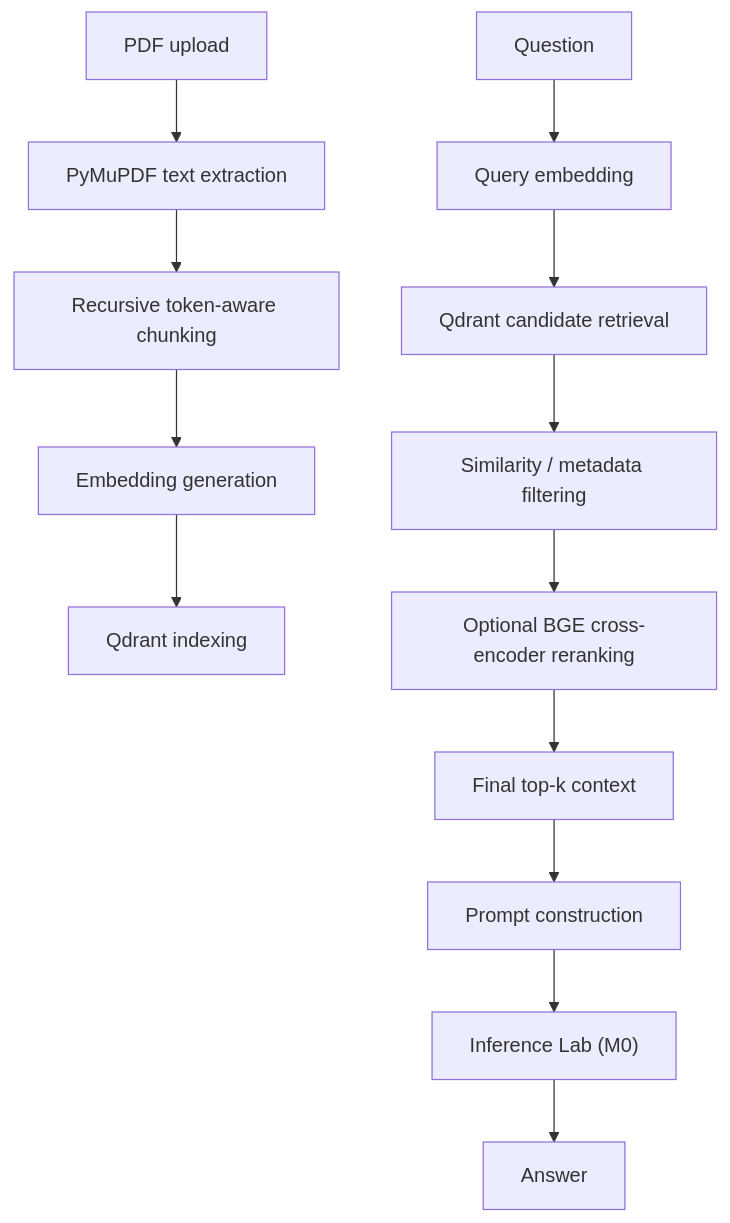
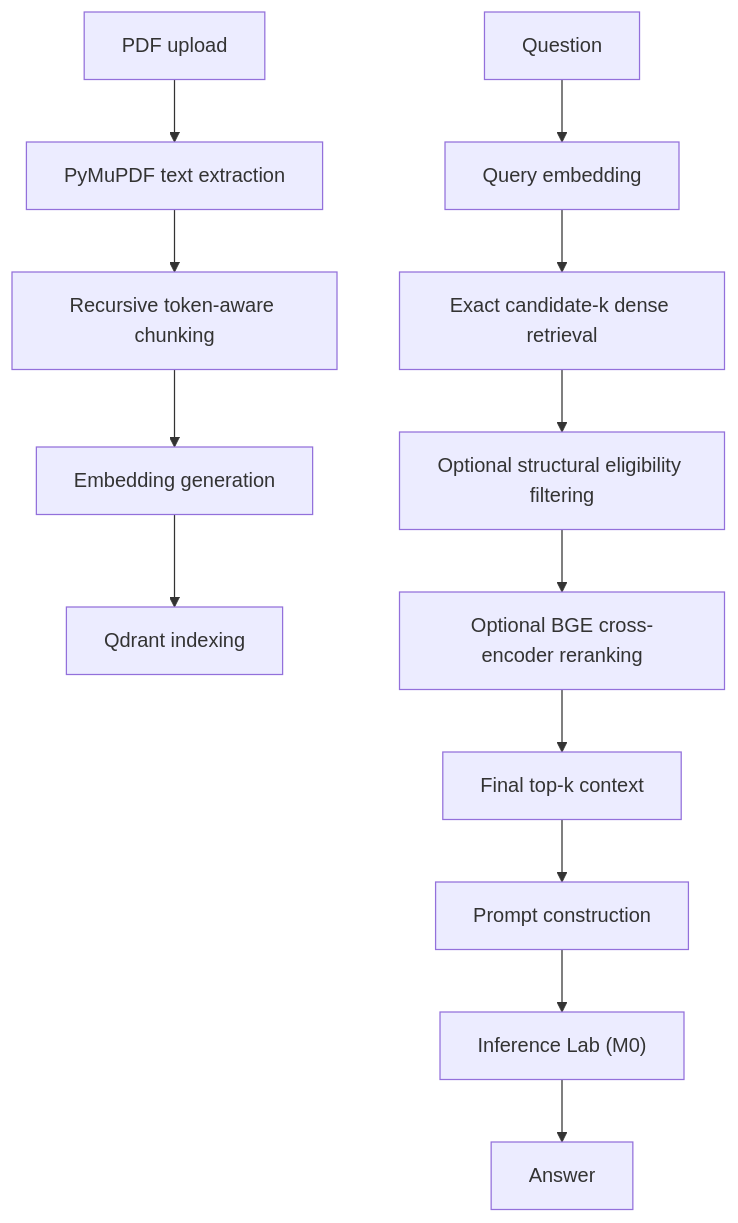
Before and after one commit to Jaival-Suthar/pdf-rag-system: the diagram in README.md, drawn with Mermaid. The commit also changed other lines of this file and 12 other files, not shown here.

Commit message:
research(m1): evaluate structural filtering for reranking

````diff
--- a/README.md
+++ b/README.md
@@ -49,15 +52,15 @@
 ```mermaid
 flowchart TD
     A["PDF upload"] --> B["PyMuPDF text extraction"]
     B --> C["Recursive token-aware chunking"]
     C --> D["Embedding generation"]
     D --> E["Qdrant indexing"]
     Q["Question"] --> R["Query embedding"]
-    R --> S["Qdrant candidate retrieval"]
-    S --> T["Similarity / metadata filtering"]
+    R --> S["Exact candidate-k dense retrieval"]
+    S --> T["Optional structural eligibility filtering"]
     T --> U["Optional BGE cross-encoder reranking"]
     U --> V["Final top-k context"]
     V --> W["Prompt construction"]
     W --> X["Inference Lab (M0)"]
     X --> Y["Answer"]
 ```
````
